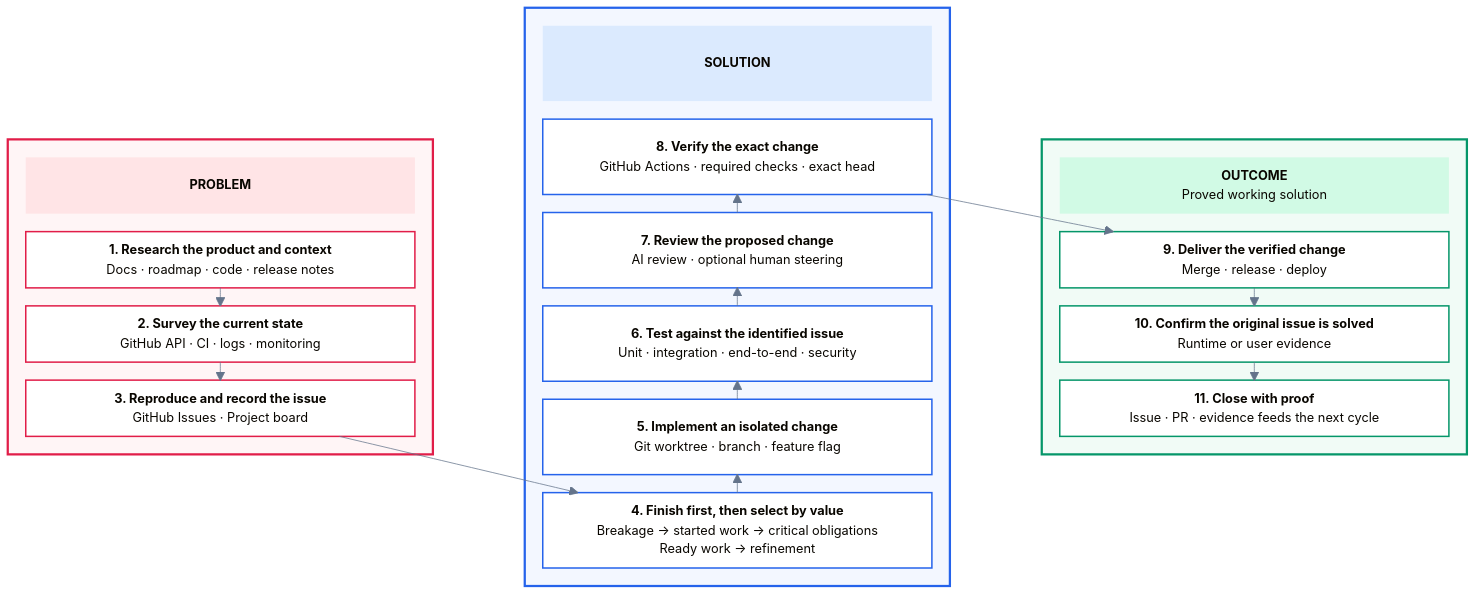
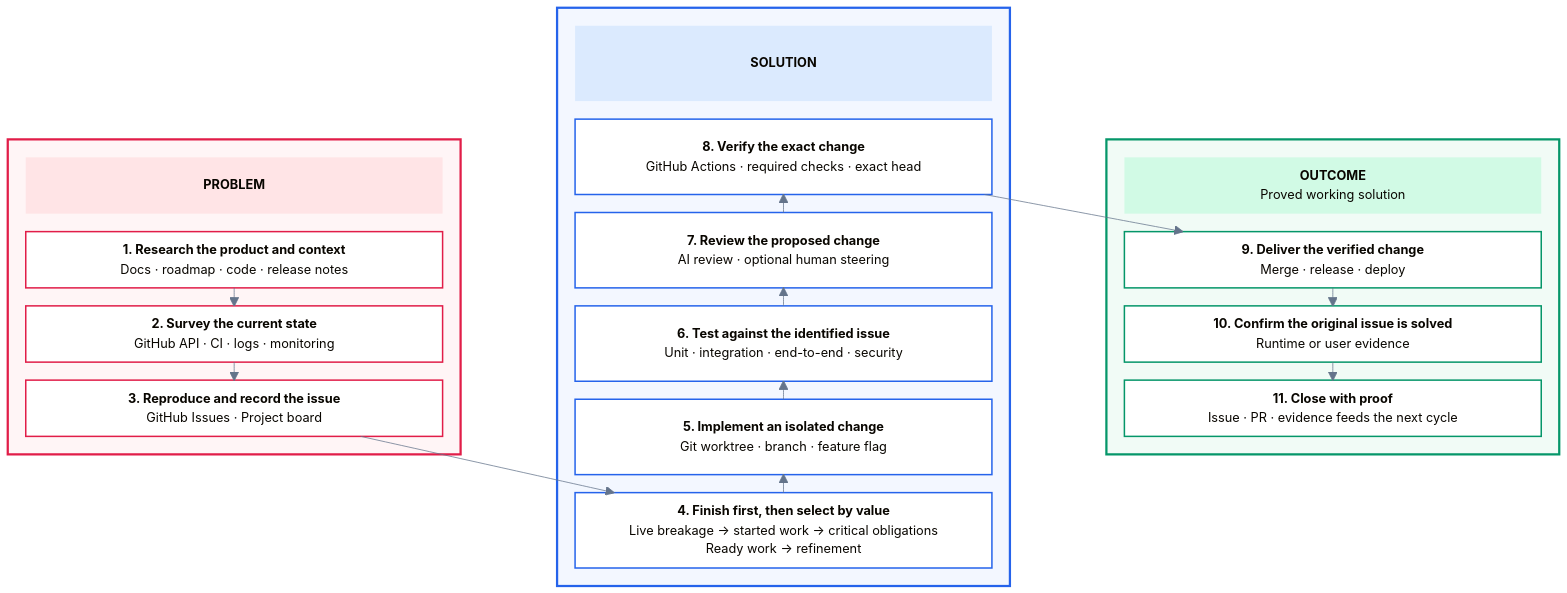
Before and after one commit to devantler-tech/business-site: the diagram in src/content/docs/agentic-engineering.mdx, drawn with Mermaid.

Commit message:
docs: qualify live breakage in the process diagram
Refs #297. Align the standalone diagram with the existing live-breakage rule without changing the remaining order.

````diff
--- a/src/content/docs/agentic-engineering.mdx
+++ b/src/content/docs/agentic-engineering.mdx
@@ -14,76 +14,76 @@
 ```mermaid
 %%{init: {
   "theme": "base",
   "themeVariables": {
     "background": "#ffffff",
     "fontFamily": "Arial, Helvetica, sans-serif",
     "fontSize": "17px",
     "lineColor": "#64748b",
     "primaryTextColor": "#0f172a"
   },
   "themeCSS": ".nodeLabel, .edgeLabel, .blockLabel { font-family: Arial, Helvetica, sans-serif !important; } .flowchart-link { stroke: #475569 !important; stroke-width: 3px !important; } .arrowMarkerPath { fill: #475569 !important; stroke: #475569 !important; }",
   "block": {"padding": 24}
 }}%%
 
 block-beta
   columns 20
 
   block:Problem:6
     columns 1
     PH["<b>PROBLEM</b>"]
     P1["<b>1. Research the product and context</b><br/>Docs · roadmap · code · release notes"]
     P2["<b>2. Survey the current state</b><br/>GitHub API · CI · logs · monitoring"]
     P3["<b>3. Reproduce and record the issue</b><br/>GitHub Issues · Project board"]
   end
 
   space
 
   block:Solution:6
     columns 1
     SH["<b>SOLUTION</b>"]
     S5["<b>8. Verify the exact change</b><br/>GitHub Actions · required checks · exact head"]
     S4["<b>7. Review the proposed change</b><br/>AI review · optional human steering"]
     S3["<b>6. Test against the identified issue</b><br/>Unit · integration · end-to-end · security"]
     S2["<b>5. Implement an isolated change</b><br/>Git worktree · branch · feature flag"]
-    S1["<b>4. Finish first, then select by value</b><br/>Breakage → started work → critical obligations<br/>Ready work → refinement"]
+    S1["<b>4. Finish first, then select by value</b><br/>Live breakage → started work → critical obligations<br/>Ready work → refinement"]
   end
 
   space
 
   block:Outcome:6
     columns 1
     OH["<b>OUTCOME</b><br/>Proved working solution"]
     O1["<b>9. Deliver the verified change</b><br/>Merge · release · deploy"]
     O2["<b>10. Confirm the original issue is solved</b><br/>Runtime or user evidence"]
     O3["<b>11. Close with proof</b><br/>Issue · PR · evidence feeds the next cycle"]
   end
 
   P1 --> P2
   P2 --> P3
   P3 --> S1
   S1 --> S2
   S2 --> S3
   S3 --> S4
   S4 --> S5
   S5 --> O1
   O1 --> O2
   O2 --> O3
 
   style P1 fill:#ffffff,stroke:#e11d48,stroke-width:2px,color:#4c0519
   style P2 fill:#ffffff,stroke:#e11d48,stroke-width:2px,color:#4c0519
   style P3 fill:#ffffff,stroke:#e11d48,stroke-width:2px,color:#4c0519
   style S1 fill:#ffffff,stroke:#2563eb,stroke-width:2px,color:#172554
   style S2 fill:#ffffff,stroke:#2563eb,stroke-width:2px,color:#172554
   style S3 fill:#ffffff,stroke:#2563eb,stroke-width:2px,color:#172554
   style S4 fill:#ffffff,stroke:#2563eb,stroke-width:2px,color:#172554
   style S5 fill:#ffffff,stroke:#2563eb,stroke-width:2px,color:#172554
   style O1 fill:#ffffff,stroke:#059669,stroke-width:2px,color:#064e3b
   style O2 fill:#ffffff,stroke:#059669,stroke-width:2px,color:#064e3b
   style O3 fill:#ffffff,stroke:#059669,stroke-width:2px,color:#064e3b
   style PH fill:#ffe4e6,stroke:#e11d48,stroke-width:0px,color:#881337
   style SH fill:#dbeafe,stroke:#2563eb,stroke-width:0px,color:#172554
   style OH fill:#d1fae5,stroke:#059669,stroke-width:0px,color:#064e3b
   style Problem fill:#fff5f6,stroke:#e11d48,stroke-width:3px
   style Solution fill:#f3f7ff,stroke:#2563eb,stroke-width:3px
   style Outcome fill:#f1fbf6,stroke:#059669,stroke-width:3px
 ```
````
